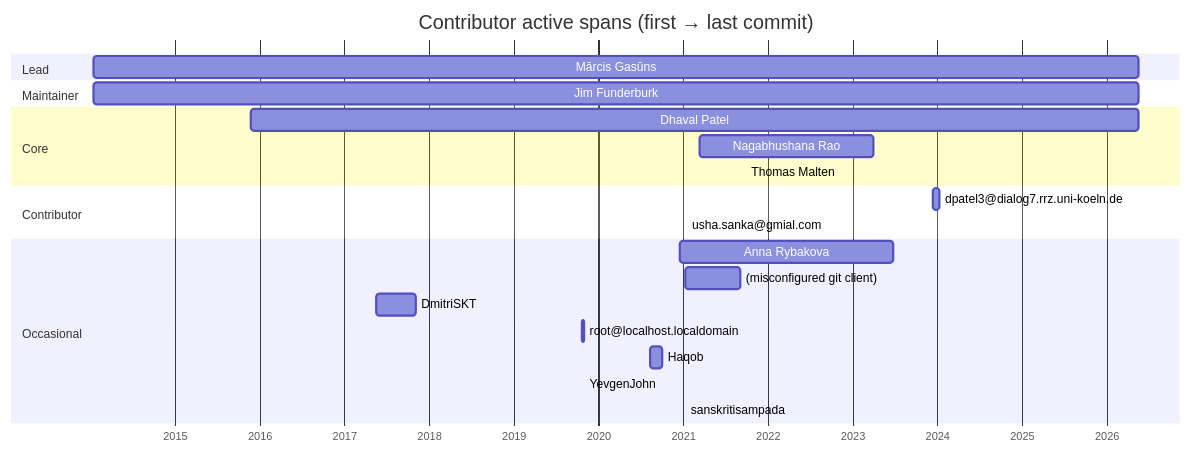
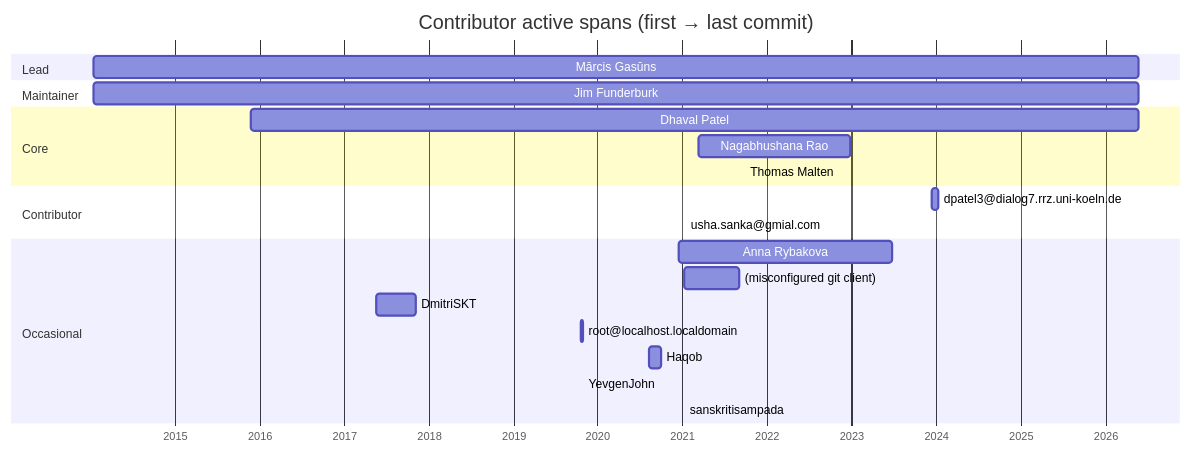
The diagram in reports/timeline.md (sanskrit-lexicon/csl-observatory), drawn with Mermaid before and after one commit. The commit also changed other lines of this file and 11 other files, not shown here.

````diff
--- a/reports/timeline.md
+++ b/reports/timeline.md
@@ -7,25 +7,25 @@
 ```mermaid
 gantt
     title Contributor active spans (first → last commit)
     dateFormat YYYY-MM-DD
     axisFormat %Y
     section Lead
-    Mārcis Gasūns :2014-01-14, 2026-05-18
+    Mārcis Gasūns :2014-01-14, 2026-05-25
     section Maintainer
-    Jim Funderburk :2014-01-15, 2026-05-17
+    Jim Funderburk :2014-01-15, 2026-05-24
     section Core
-    Dhaval Patel :2015-11-24, 2026-05-18
-    Nagabhushana Rao :2021-03-11, 2023-04-03
+    Dhaval Patel :2015-11-24, 2026-05-23
+    Nagabhushana Rao :2021-03-11, 2022-12-26
     Thomas Malten :2021-09-26, 2021-09-26
     section Contributor
     dpatel3@dialog7.rrz.uni-koeln.de :2023-12-15, 2024-01-12
     usha.sanka@gmial.com :2021-01-13, 2021-01-13
     section Occasional
     Anna Rybakova :2020-12-15, 2023-06-25
     (misconfigured git client) :2021-01-09, 2021-09-03
     DmitriSKT :2017-05-18, 2017-11-05
     root@localhost.localdomain :2019-10-21, 2019-10-31
     Haqob :2020-08-11, 2020-09-30
     YevgenJohn :2019-10-31, 2019-10-31
     sanskritisampada :2021-01-10, 2021-01-10
 ```
````
